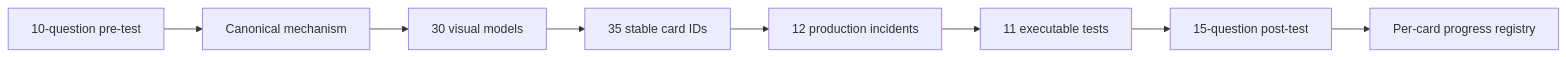
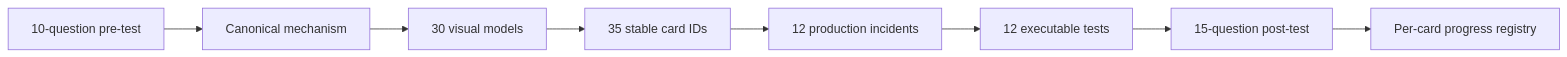
Before and after one commit to alimbetov/obsidian: the diagram in 30_CERTIFICATIONS/Spring/2V0-72.22/SPRING-MVC-B01/SPRING-MVC-B01 Roadmap.md, drawn with Mermaid. The commit also changed other lines of this file, not shown here.

Commit message:
Correct SPRING-MVC-B01 executable test count

````diff
--- a/30_CERTIFICATIONS/Spring/2V0-72.22/SPRING-MVC-B01/SPRING-MVC-B01 Roadmap.md
+++ b/30_CERTIFICATIONS/Spring/2V0-72.22/SPRING-MVC-B01/SPRING-MVC-B01 Roadmap.md
@@ -82,10 +82,10 @@
 ```mermaid
 flowchart LR
     PRE[10-question pre-test] --> THEORY[Canonical mechanism]
     THEORY --> VISUAL[30 visual models]
     VISUAL --> CARDS[35 stable card IDs]
     CARDS --> CASES[12 production incidents]
-    CASES --> LAB[11 executable tests]
+    CASES --> LAB[12 executable tests]
     LAB --> POST[15-question post-test]
     POST --> PROGRESS[Per-card progress registry]
 ```
````
